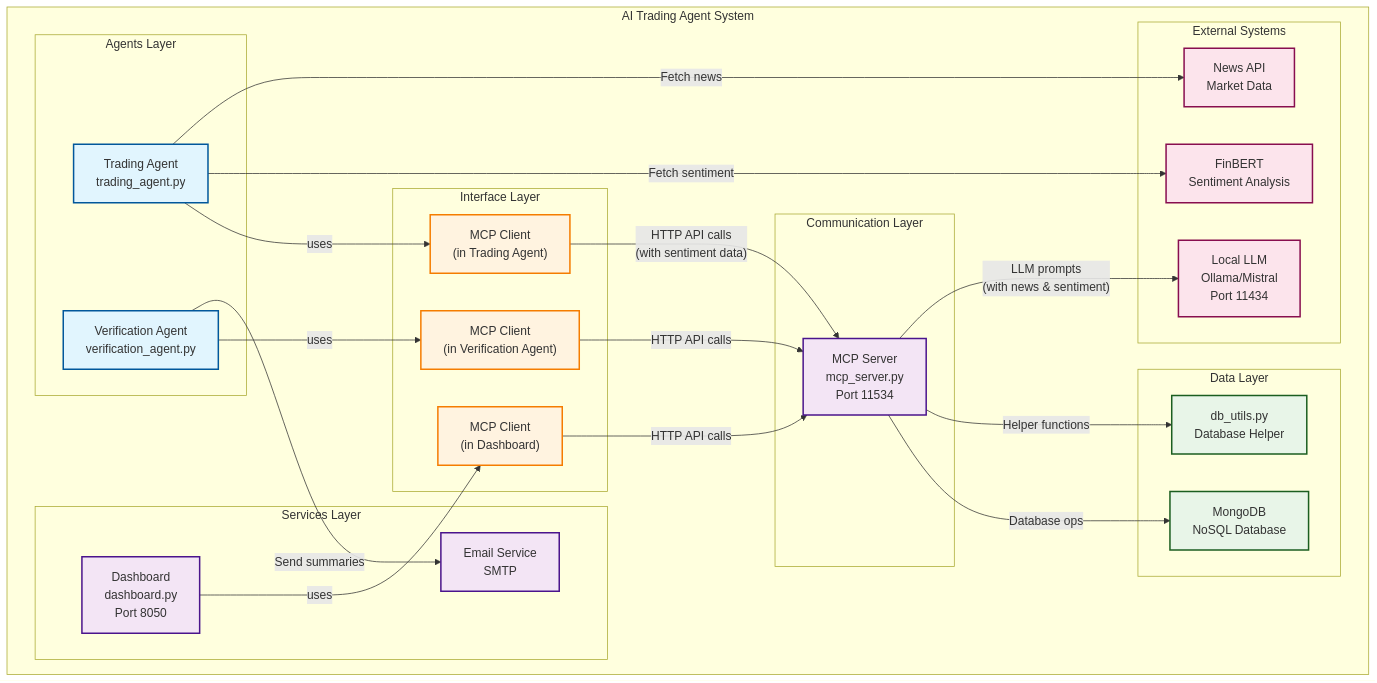
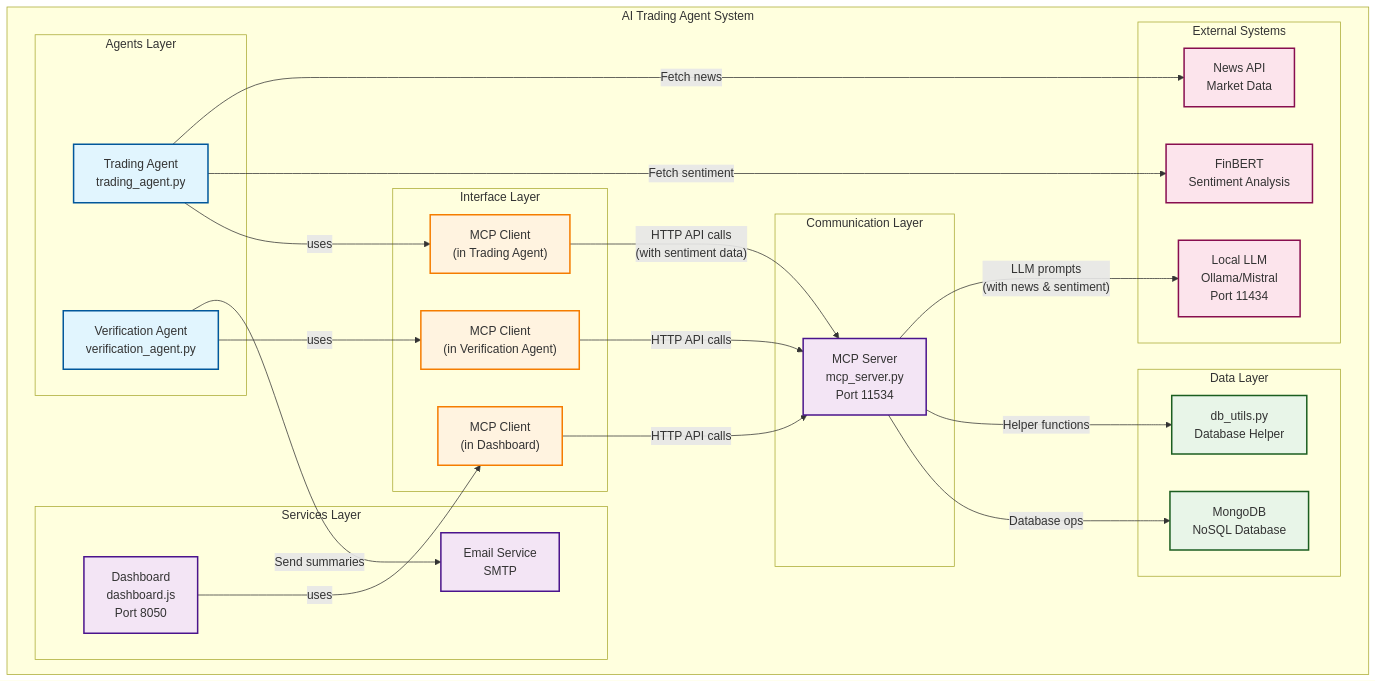
One commit to AbhishekBandarupalle/AItradingagent changed the diagram in README.md. Above: the diagram before and after it, drawn with Mermaid. The commit also changed 6 other files, not shown here.

````diff
--- a/README.md
+++ b/README.md
@@ -23,70 +23,70 @@
 ```mermaid
 flowchart TB
     subgraph "AI Trading Agent System"
         subgraph "Agents Layer"
             TA["Trading Agent<br/>trading_agent.py"]
             VA["Verification Agent<br/>verification_agent.py"]
         end
         
         subgraph "Interface Layer"
             MCPC1["MCP Client<br/>(in Trading Agent)"]
             MCPC2["MCP Client<br/>(in Verification Agent)"]
             MCPC3["MCP Client<br/>(in Dashboard)"]
         end
         
         subgraph "Communication Layer"
             MCP["MCP Server<br/>mcp_server.py<br/>Port 11534"]
         end
         
         subgraph "Data Layer"
             DB["MongoDB<br/>NoSQL Database"]
             DBU["db_utils.py<br/>Database Helper"]
         end
         
         subgraph "Services Layer"
-            DASH["Dashboard<br/>dashboard.py<br/>Port 8050"]
+            DASH["Dashboard<br/>dashboard.js<br/>Port 8050"]
             EMAIL["Email Service<br/>SMTP"]
         end
         
         subgraph "External Systems"
             LLM["Local LLM<br/>Ollama/Mistral<br/>Port 11434"]
             FINBERT["FinBERT<br/>Sentiment Analysis"]
             NEWS["News API<br/>Market Data"]
         end
     end
     
     %% Agent to MCP Client connections
     TA -->|"uses"| MCPC1
     VA -->|"uses"| MCPC2
     DASH -->|"uses"| MCPC3
     
     %% MCP Client to MCP Server connections
     MCPC1 -->|"HTTP API calls<br/>(with sentiment data)"| MCP
     MCPC2 -->|"HTTP API calls"| MCP
     MCPC3 -->|"HTTP API calls"| MCP
     
     %% MCP Server connections
     MCP -->|"Database ops"| DB
     MCP -->|"Helper functions"| DBU
     MCP -->|"LLM prompts<br/>(with news & sentiment)"| LLM
     
     %% Service connections
     VA -->|"Send summaries"| EMAIL
     
     %% Data collection (Trading Agent processes this data before sending to LLM)
     TA -->|"Fetch sentiment"| FINBERT
     TA -->|"Fetch news"| NEWS
     
     %% Styling
     classDef agent fill:#e1f5fe,stroke:#01579b,stroke-width:2px
     classDef interface fill:#fff3e0,stroke:#f57c00,stroke-width:2px
     classDef service fill:#f3e5f5,stroke:#4a148c,stroke-width:2px
     classDef data fill:#e8f5e8,stroke:#1b5e20,stroke-width:2px
     classDef external fill:#fce4ec,stroke:#880e4f,stroke-width:2px
     
     class TA,VA agent
     class MCPC1,MCPC2,MCPC3 interface
     class MCP,DASH,EMAIL service
     class DB,DBU data
     class LLM,FINBERT,NEWS external
 ```
````
